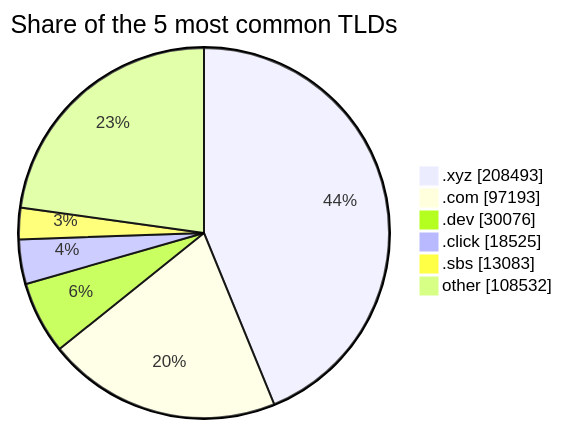
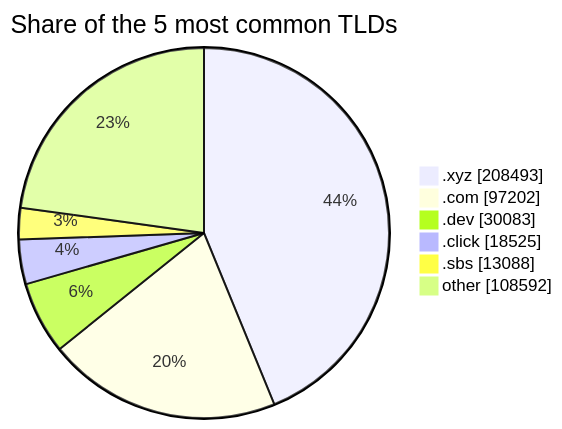
Before and after one commit to DNSBunker/CTI: the third of 3 diagrams in README.md, drawn with Mermaid. The commit also changed other lines of this file and 3 other files, not shown here.

````diff
--- a/README.md
+++ b/README.md
@@ -81,9 +81,9 @@
 ```mermaid
 pie showData title Share of the 5 most common TLDs
     ".xyz" : 208493
-    ".com" : 97193
-    ".dev" : 30076
+    ".com" : 97202
+    ".dev" : 30083
     ".click" : 18525
-    ".sbs" : 13083
-    "other" : 108532
+    ".sbs" : 13088
+    "other" : 108592
 ```
````
